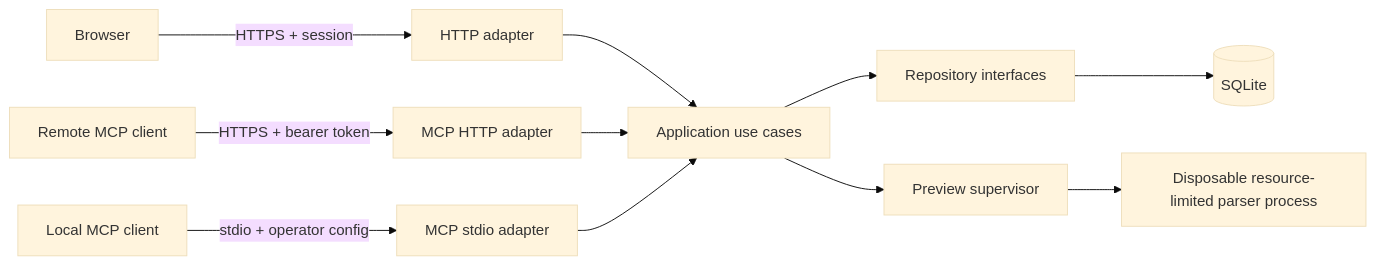
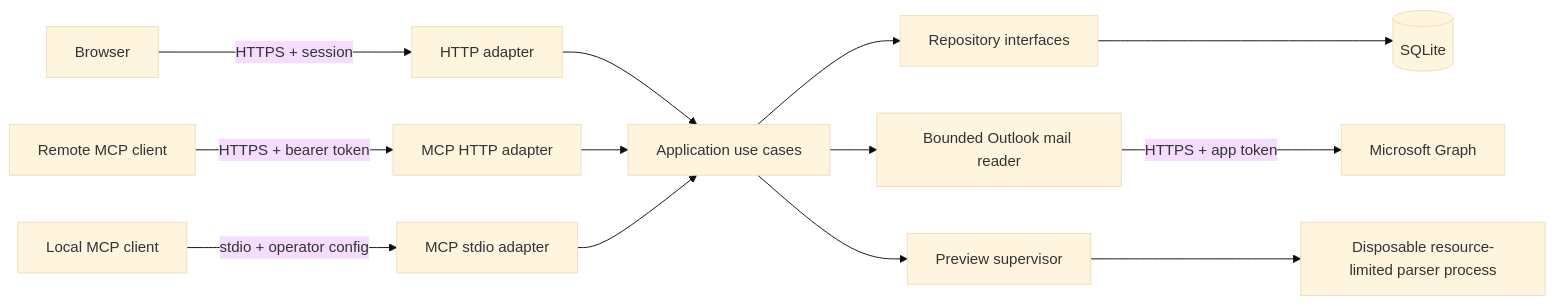
The diagram in docs/architecture.md (romprod/application-tracker), drawn with Mermaid (base theme) before and after one commit. The commit also changed other lines of this file and 35 other files, not shown here.

````diff
--- a/docs/architecture.md
+++ b/docs/architecture.md
@@ -35,13 +35,15 @@
 ```mermaid
 flowchart LR
   Browser["Browser"] -->|"HTTPS + session"| HTTP["HTTP adapter"]
   RemoteMCP["Remote MCP client"] -->|"HTTPS + bearer token"| MCPHTTP["MCP HTTP adapter"]
   LocalMCP["Local MCP client"] -->|"stdio + operator config"| MCPStdio["MCP stdio adapter"]
   HTTP --> UseCases["Application use cases"]
   MCPHTTP --> UseCases
   MCPStdio --> UseCases
   UseCases --> Repositories["Repository interfaces"]
   Repositories --> SQLite[("SQLite")]
+  UseCases --> GraphMail["Bounded Outlook mail reader"]
+  GraphMail -->|"HTTPS + app token"| Graph["Microsoft Graph"]
   UseCases --> PreviewQueue["Preview supervisor"]
   PreviewQueue --> Worker["Disposable resource-limited parser process"]
 ```
````
